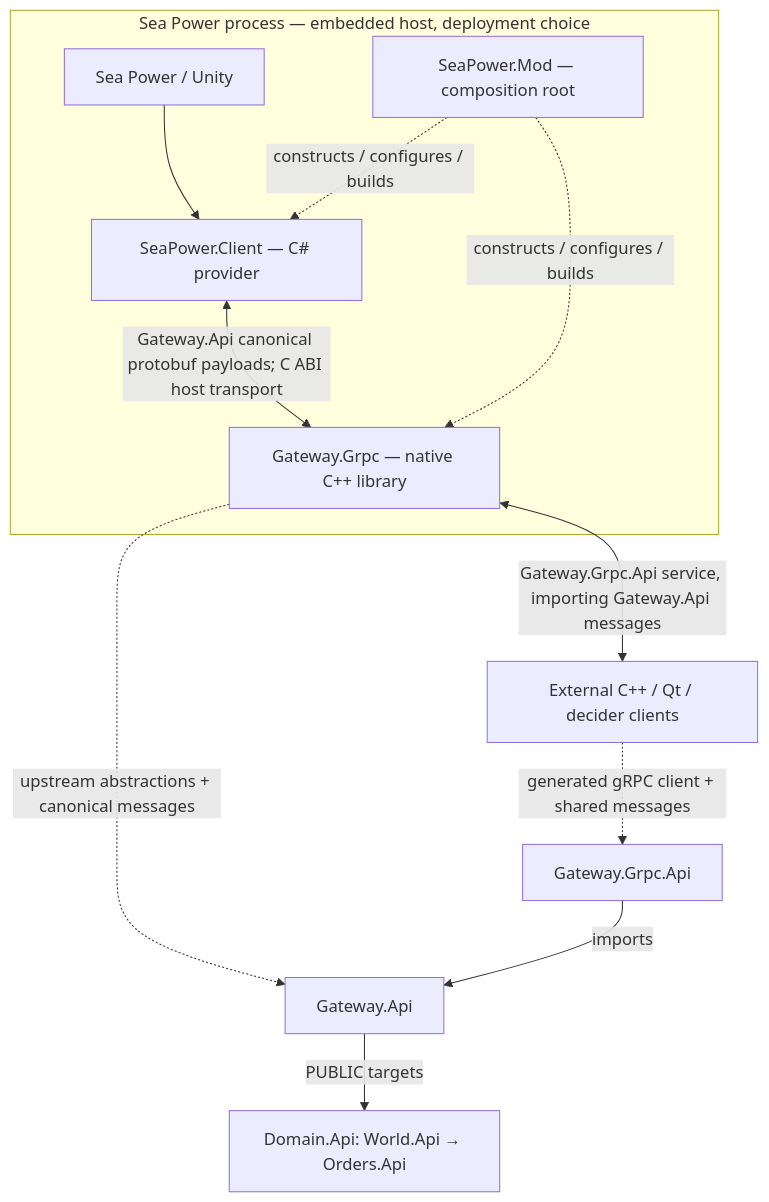
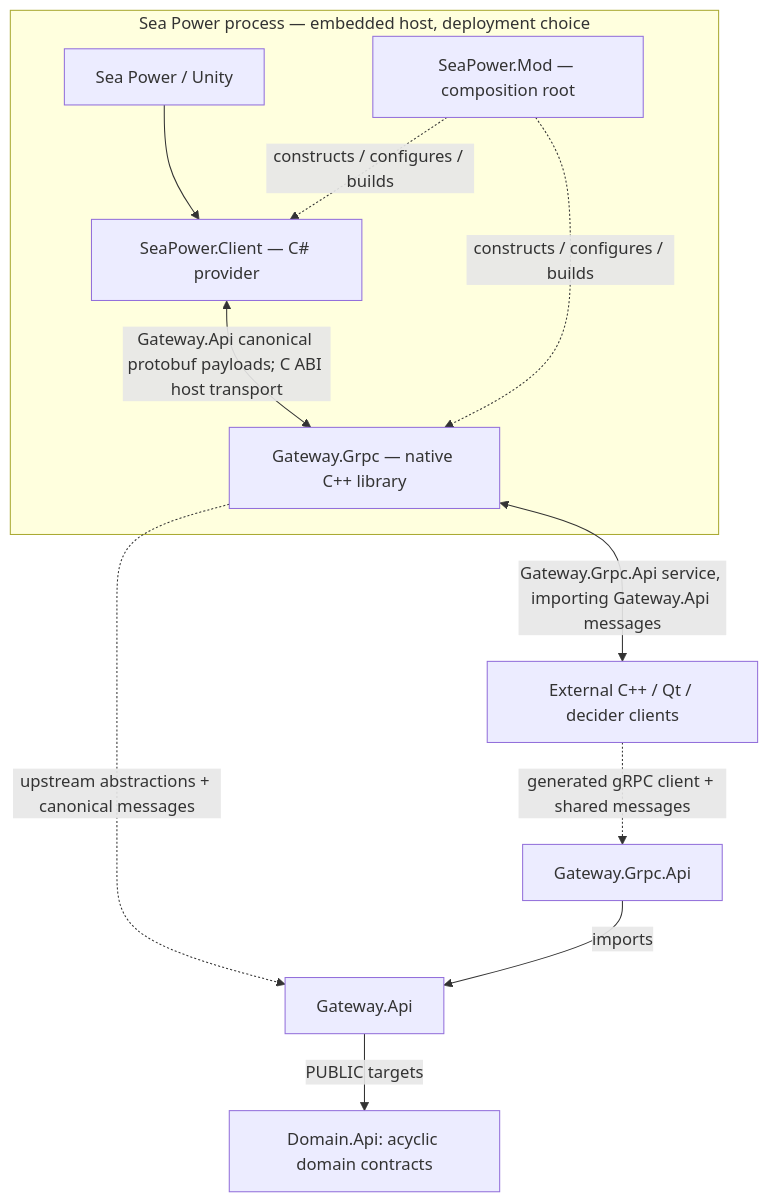
The diagram in ARCHITECTURE.md (NavalCommand/Docs), drawn with Mermaid before and after one commit. The commit also changed other lines of this file and 4 other files, not shown here.

Commit message:
Document enforced acyclic domain architecture and Task 015 verification

````diff
--- a/ARCHITECTURE.md
+++ b/ARCHITECTURE.md
@@ -34,15 +34,15 @@
 ```mermaid
 flowchart TB
     subgraph SP["Sea Power process — embedded host, deployment choice"]
         MOD["SeaPower.Mod — composition root"]
         GAME["Sea Power / Unity"] --> PROVIDER["SeaPower.Client — C# provider"]
         PROVIDER <-->|"Gateway.Api canonical protobuf payloads; C ABI host transport"| GATEWAY["Gateway.Grpc — native C++ library"]
         MOD -."constructs / configures / builds".-> PROVIDER
         MOD -."constructs / configures / builds".-> GATEWAY
     end
     GATEWAY <-->|"Gateway.Grpc.Api service, importing Gateway.Api messages"| CLI["External C++ / Qt / decider clients"]
     GATEWAY -."upstream abstractions + canonical messages".-> API["Gateway.Api"]
     CLI -."generated gRPC client + shared messages".-> GRPCAPI["Gateway.Grpc.Api"]
     GRPCAPI -->|"imports"| API
-    API -->|"PUBLIC targets"| DOMAIN["Domain.Api: World.Api → Orders.Api"]
+    API -->|"PUBLIC targets"| DOMAIN["Domain.Api: acyclic domain contracts"]
 ```
````
